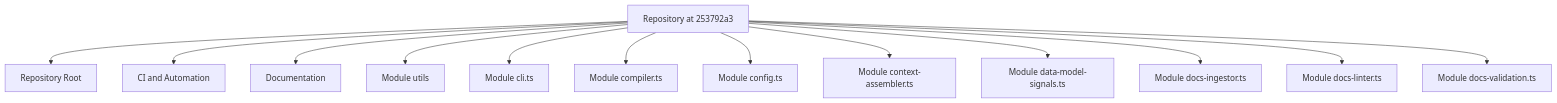
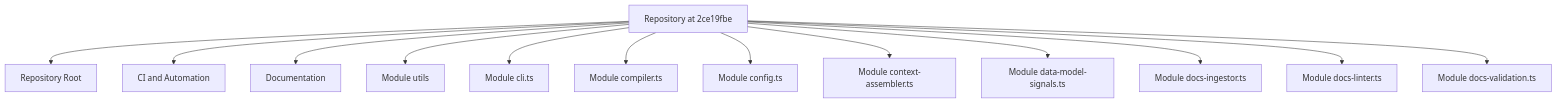
The diagram in Architecture.md (mfittko/repo-wiki), drawn with Mermaid before and after one commit. The commit also changed other lines of this file and 43 other files, not shown here.

````diff
--- a/Architecture.md
+++ b/Architecture.md
@@ -17,16 +17,16 @@
 ```mermaid
 flowchart TD
-  Repo[Repository at 253792a3]
+  Repo[Repository at 2ce19fbe]
   Repo --> M0[Repository Root]
   Repo --> M1[CI and Automation]
   Repo --> M2[Documentation]
   Repo --> M3[Module utils]
   Repo --> M4[Module cli.ts]
   Repo --> M5[Module compiler.ts]
   Repo --> M6[Module config.ts]
   Repo --> M7[Module context-assembler.ts]
   Repo --> M8[Module data-model-signals.ts]
   Repo --> M9[Module docs-ingestor.ts]
   Repo --> M10[Module docs-linter.ts]
   Repo --> M11[Module docs-validation.ts]
 ```
````
